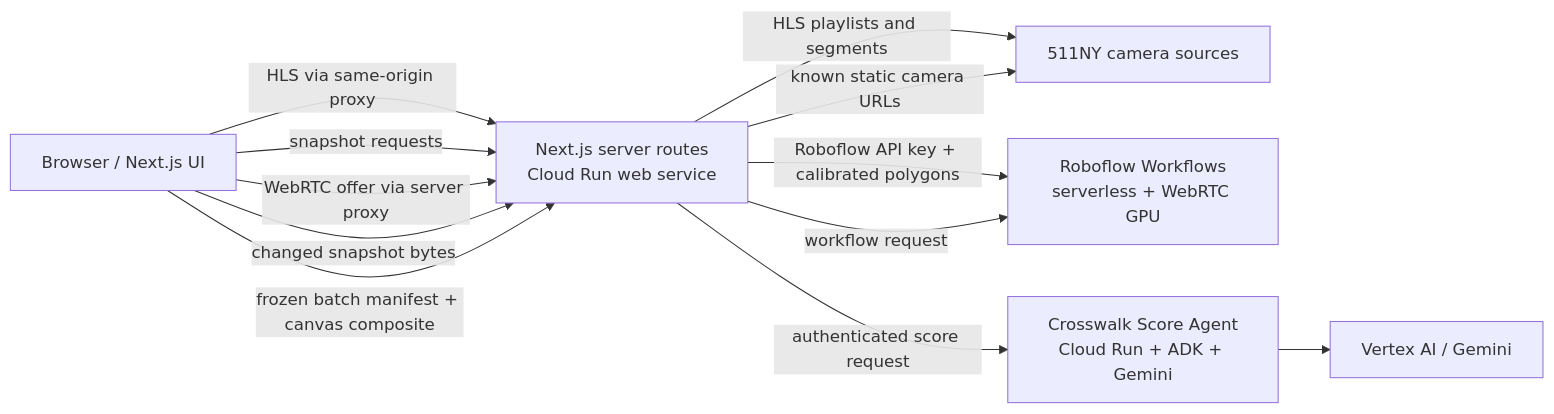
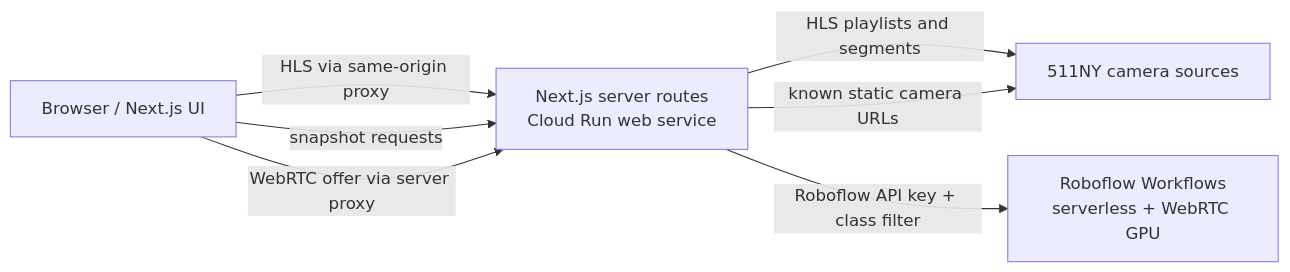
The first of 2 diagrams in docs/architecture.md (vinceallenvince/xwalk-keyboards), drawn with Mermaid before and after one commit. The commit also changed other lines of this file and 20 other files, not shown here.

````diff
--- a/docs/architecture.md
+++ b/docs/architecture.md
@@ -91,21 +73,14 @@
 ```mermaid
 flowchart LR
   Browser["Browser / Next.js UI"]
   App["Next.js server routes\nCloud Run web service"]
   NY["511NY camera sources"]
   RF["Roboflow Workflows\nserverless + WebRTC GPU"]
-  Agent["Crosswalk Score Agent\nCloud Run + ADK + Gemini"]
-  Vertex["Vertex AI / Gemini"]
 
   Browser -->|"HLS via same-origin proxy"| App
   App -->|"HLS playlists and segments"| NY
   Browser -->|"snapshot requests"| App
   App -->|"known static camera URLs"| NY
   Browser -->|"WebRTC offer via server proxy"| App
-  App -->|"Roboflow API key + calibrated polygons"| RF
-  Browser -->|"changed snapshot bytes"| App
-  App -->|"workflow request"| RF
-  Browser -->|"frozen batch manifest + canvas composite"| App
-  App -->|"authenticated score request"| Agent
-  Agent --> Vertex
+  App -->|"Roboflow API key + class filter"| RF
 ```
````
